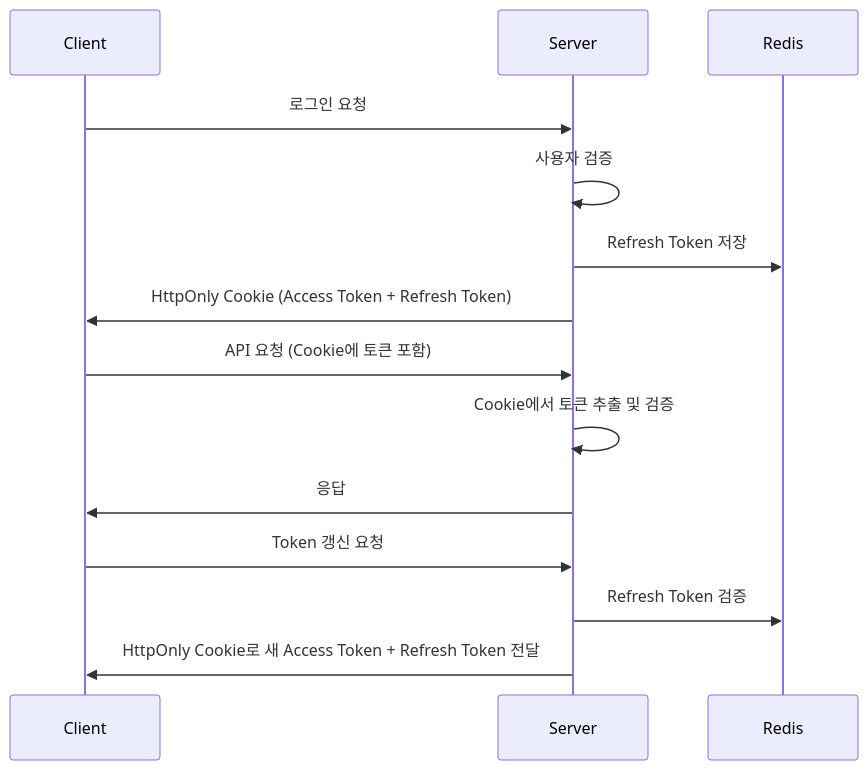
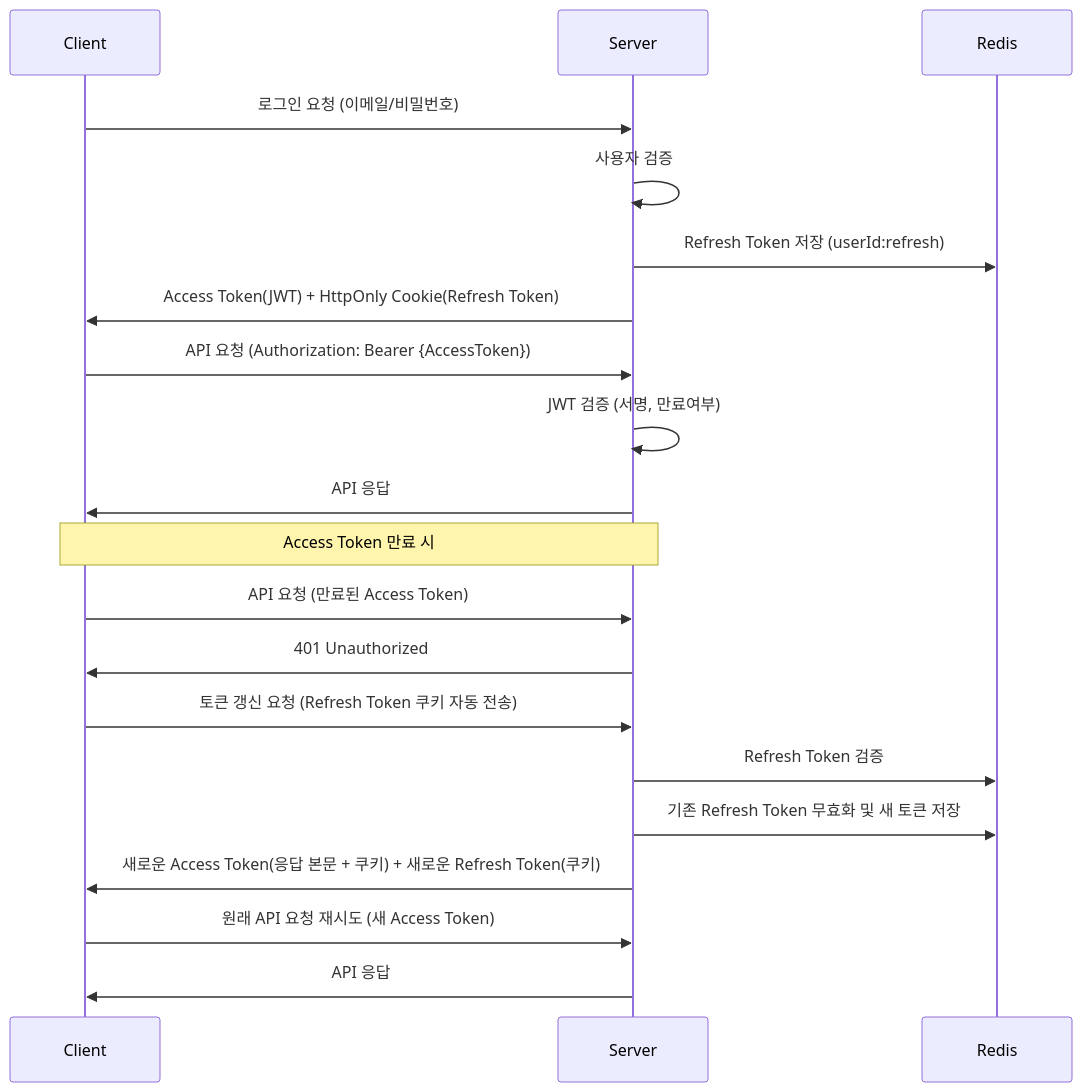
Before and after one commit to Iusto/byeolnight: the first of 2 diagrams in README.md, drawn with Mermaid. The commit also changed other lines of this file and 2 other files, not shown here.

````diff
--- a/README.md
+++ b/README.md
@@ -837,19 +871,25 @@
 ```mermaid
 sequenceDiagram
     participant C as Client
     participant S as Server
     participant R as Redis
     
-    C->>S: 로그인 요청
+    C->>S: 로그인 요청 (이메일/비밀번호)
     S->>S: 사용자 검증
-    S->>R: Refresh Token 저장
-    S->>C: HttpOnly Cookie (Access Token + Refresh Token)
+    S->>R: Refresh Token 저장 (userId:refresh)
+    S->>C: Access Token(JWT) + HttpOnly Cookie(Refresh Token)
     
-    C->>S: API 요청 (Cookie에 토큰 포함)
-    S->>S: Cookie에서 토큰 추출 및 검증
-    S->>C: 응답
+    C->>S: API 요청 (Authorization: Bearer {AccessToken})
+    S->>S: JWT 검증 (서명, 만료여부)
+    S->>C: API 응답
     
-    C->>S: Token 갱신 요청
+    Note over C,S: Access Token 만료 시
+    C->>S: API 요청 (만료된 Access Token)
+    S->>C: 401 Unauthorized
+    C->>S: 토큰 갱신 요청 (Refresh Token 쿠키 자동 전송)
     S->>R: Refresh Token 검증
-    S->>C: HttpOnly Cookie로 새 Access Token + Refresh Token 전달
+    S->>R: 기존 Refresh Token 무효화 및 새 토큰 저장
+    S->>C: 새로운 Access Token(응답 본문 + 쿠키) + 새로운 Refresh Token(쿠키)
+    C->>S: 원래 API 요청 재시도 (새 Access Token)
+    S->>C: API 응답
 ```
````
